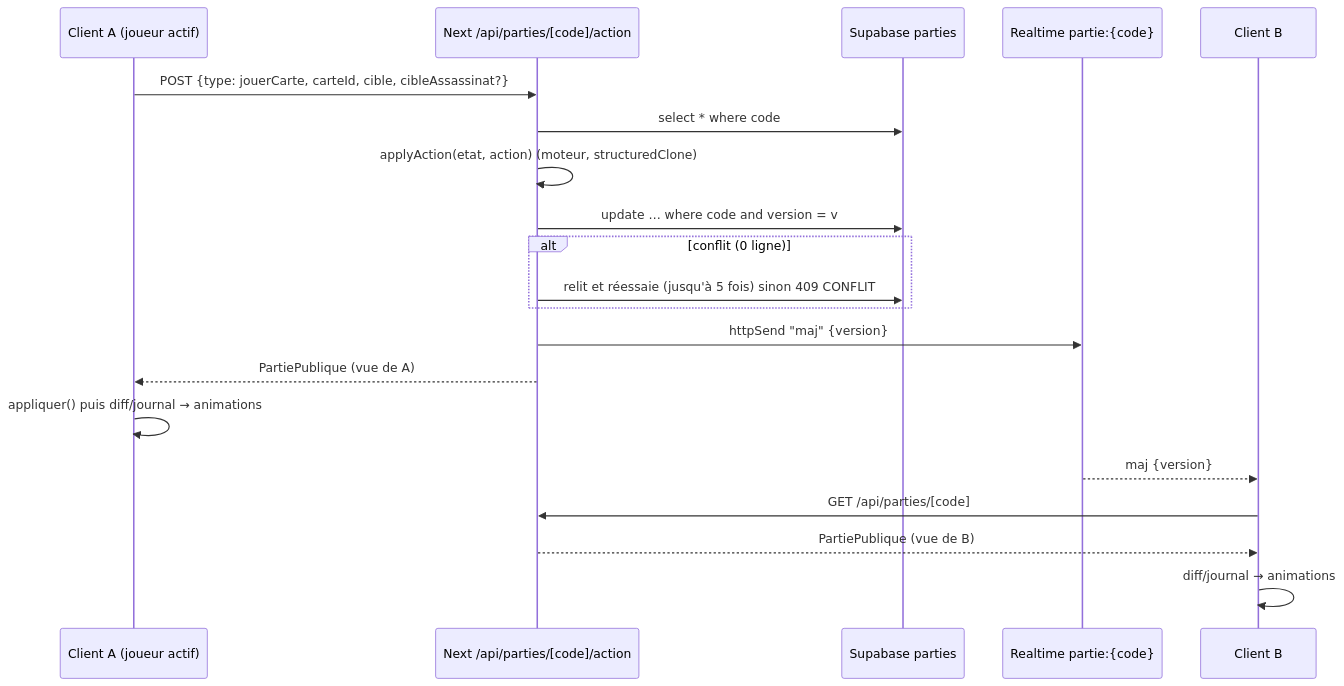
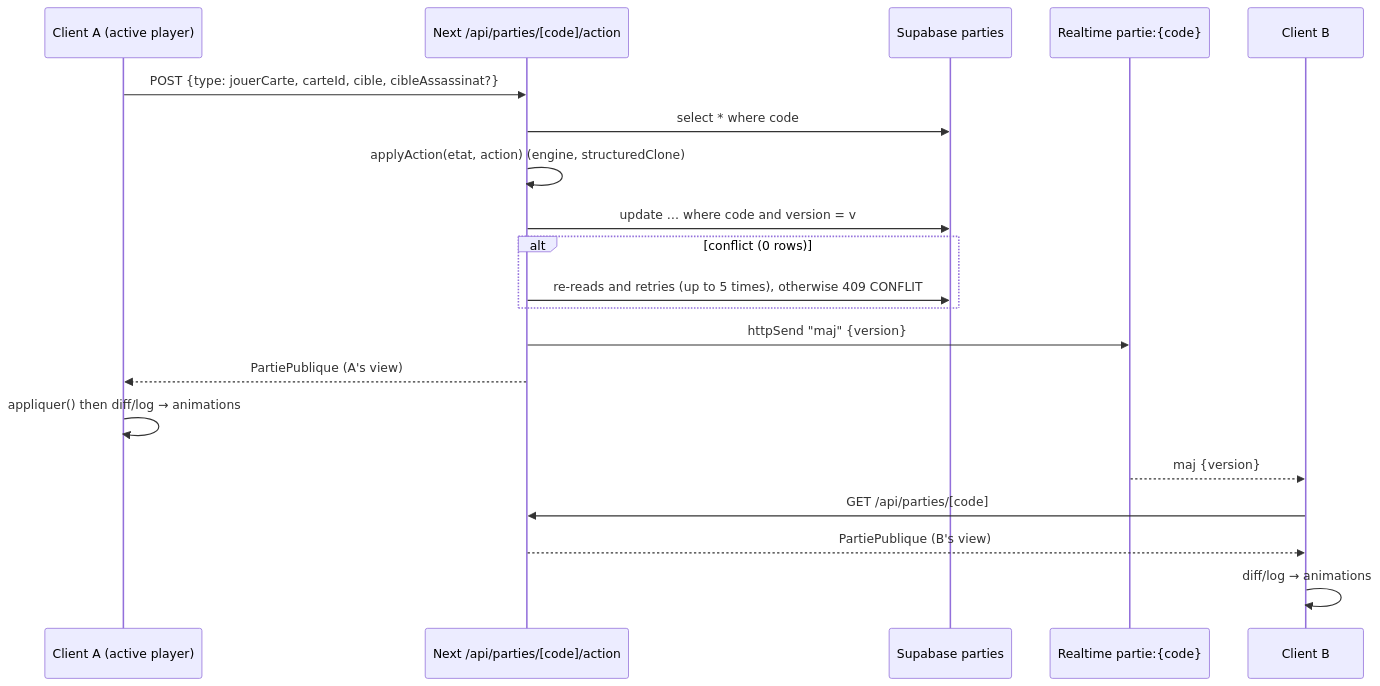
One commit to playboardgamesonline/pbgo changed the diagram in games/courtisans/ARCHITECTURE.md. Above: the diagram before and after it, drawn with Mermaid. The commit also changed other lines of this file and 1081 other files, not shown here.

````diff
--- a/games/courtisans/ARCHITECTURE.md
+++ b/games/courtisans/ARCHITECTURE.md
@@ -145,22 +145,22 @@
 ```mermaid
 sequenceDiagram
-  participant A as Client A (joueur actif)
+  participant A as Client A (active player)
   participant N as Next /api/parties/[code]/action
   participant S as Supabase parties
   participant R as Realtime partie:{code}
   participant B as Client B
   A->>N: POST {type: jouerCarte, carteId, cible, cibleAssassinat?}
   N->>S: select * where code
-  N->>N: applyAction(etat, action) (moteur, structuredClone)
+  N->>N: applyAction(etat, action) (engine, structuredClone)
   N->>S: update … where code and version = v
-  alt conflit (0 ligne)
-    N->>S: relit et réessaie (jusqu'à 5 fois) sinon 409 CONFLIT
+  alt conflict (0 rows)
+    N->>S: re-reads and retries (up to 5 times), otherwise 409 CONFLIT
   end
   N->>R: httpSend "maj" {version}
-  N-->>A: PartiePublique (vue de A)
-  A->>A: appliquer() puis diff/journal → animations
+  N-->>A: PartiePublique (A's view)
+  A->>A: appliquer() then diff/log → animations
   R-->>B: maj {version}
   B->>N: GET /api/parties/[code]
-  N-->>B: PartiePublique (vue de B)
-  B->>B: diff/journal → animations
+  N-->>B: PartiePublique (B's view)
+  B->>B: diff/log → animations
 ```
````
